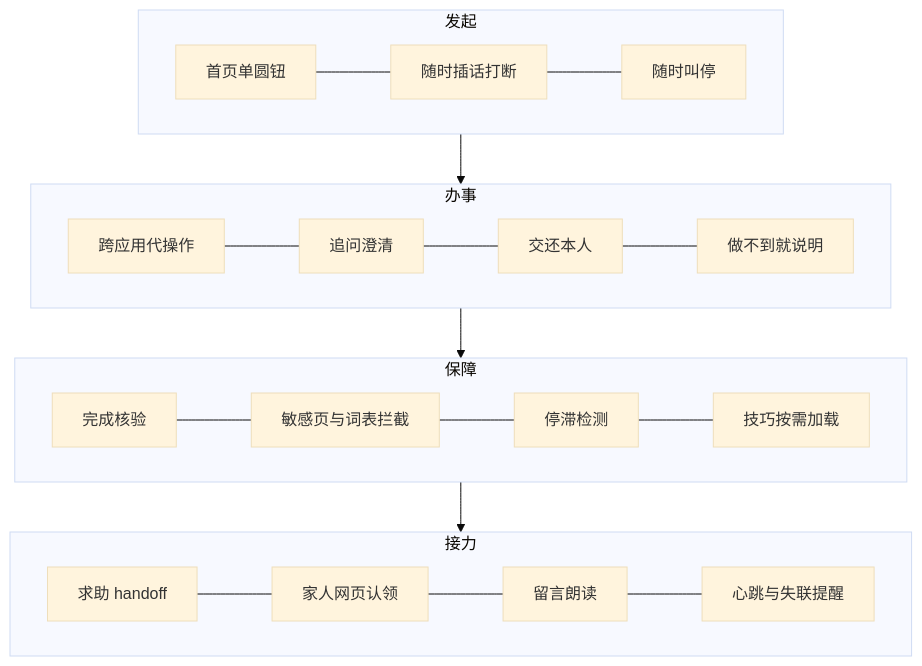
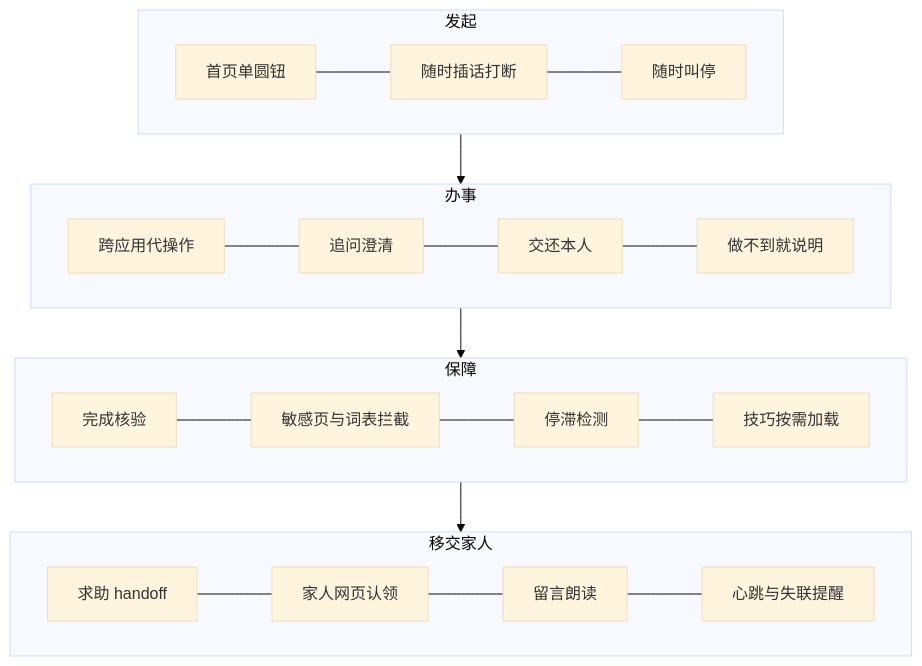
Before and after one commit to lhxll07/elder-harness: the ninth of 13 diagrams in docs/aic-2026/作品方案-定稿.md, drawn with Mermaid (base theme). The commit also changed other lines of this file and 50 other files, not shown here.

````diff
--- a/docs/aic-2026/作品方案-定稿.md
+++ b/docs/aic-2026/作品方案-定稿.md
@@ -657,20 +659,20 @@
 ```mermaid
 flowchart TB
   subgraph A[发起]
     direction LR
     A1[首页单圆钮] --- A2[随时插话打断] --- A3[随时叫停]
   end
   subgraph B[办事]
     direction LR
     B1[跨应用代操作] --- B2[追问澄清] --- B3[交还本人] --- B4[做不到就说明]
   end
   subgraph C[保障]
     direction LR
     C1[完成核验] --- C2[敏感页与词表拦截] --- C3[停滞检测] --- C4[技巧按需加载]
   end
-  subgraph D[接力]
+  subgraph D[移交家人]
     direction LR
     D1[求助 handoff] --- D2[家人网页认领] --- D3[留言朗读] --- D4[心跳与失联提醒]
   end
   A --> B --> C --> D
 ```
````
